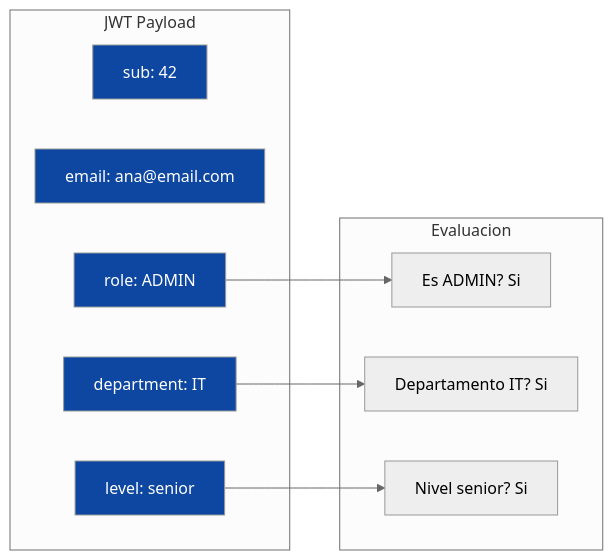
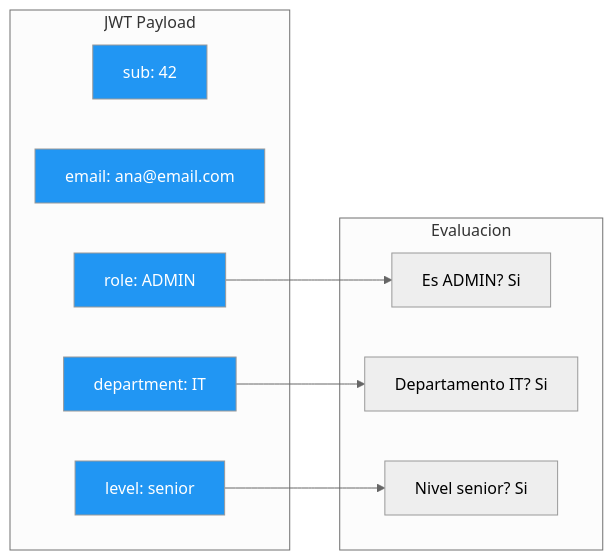
Before and after one commit to joseluisgs/DesarrolloWebEntornosServidor-02-2026-2027: the eighth of 13 diagrams in 17-autorizacion.md, drawn with Mermaid (neutral theme). The commit also changed other lines of this file and 3 other files, not shown here.

Commit message:
[fix] Actualizar estilos y contenido en los documentos de autenticación, autorización, WebSockets y GraphQL

````diff
--- a/17-autorizacion.md
+++ b/17-autorizacion.md
@@ -286,26 +288,26 @@
 ```mermaid
 flowchart LR
     subgraph "JWT Payload"
         C1["sub: 42"]
         C2["email: ana@email.com"]
         C3["role: ADMIN"]
         C4["department: IT"]
         C5["level: senior"]
     end
 
     subgraph "Evaluacion"
         A1["Es ADMIN? Si"]
         A2["Departamento IT? Si"]
         A3["Nivel senior? Si"]
     end
 
     C3 --> A1
     C4 --> A2
     C5 --> A3
 
-    style C1 fill:#0D47A1,color:#fff
-    style C2 fill:#0D47A1,color:#fff
-    style C3 fill:#0D47A1,color:#fff
-    style C4 fill:#0D47A1,color:#fff
-    style C5 fill:#0D47A1,color:#fff
+    style C1 fill:#2196F3,color:#fff
+    style C2 fill:#2196F3,color:#fff
+    style C3 fill:#2196F3,color:#fff
+    style C4 fill:#2196F3,color:#fff
+    style C5 fill:#2196F3,color:#fff
 ```
````
